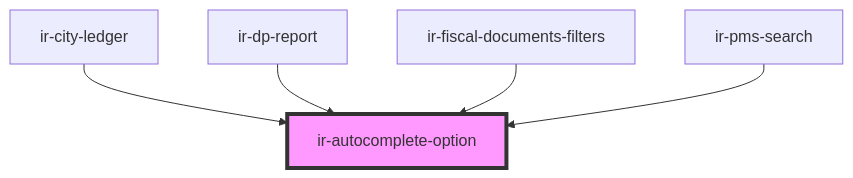
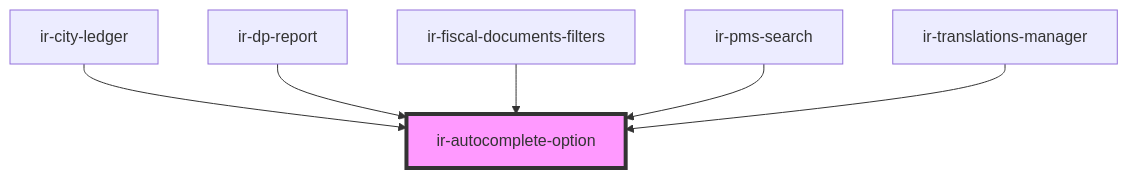
The diagram in src/components/ui/ir-autocomplete/ir-autocomplete-option/readme.md (RonyRizk/ir-webcmp), drawn with Mermaid before and after one commit. The commit also changed other lines of this file and 45 other files, not shown here.

````diff
--- a/src/components/ui/ir-autocomplete/ir-autocomplete-option/readme.md
+++ b/src/components/ui/ir-autocomplete/ir-autocomplete-option/readme.md
@@ -29,8 +30,9 @@
 ```mermaid
 graph TD;
   ir-city-ledger --> ir-autocomplete-option
   ir-dp-report --> ir-autocomplete-option
   ir-fiscal-documents-filters --> ir-autocomplete-option
   ir-pms-search --> ir-autocomplete-option
+  ir-translations-manager --> ir-autocomplete-option
   style ir-autocomplete-option fill:#f9f,stroke:#333,stroke-width:4px
 ```
````
